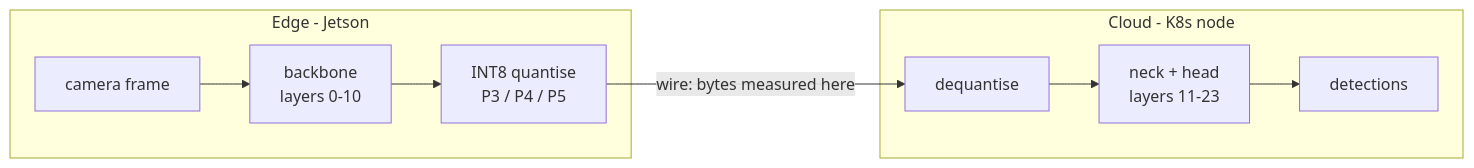
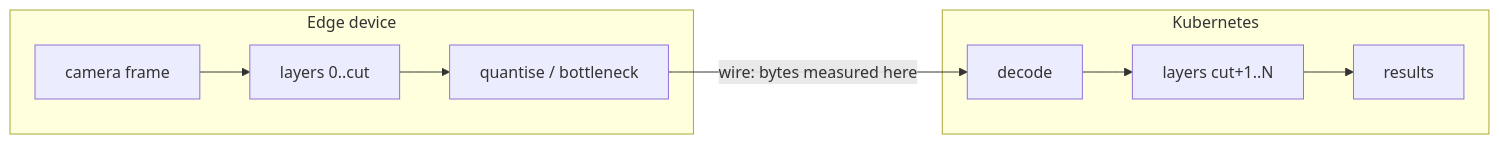
One commit to dantonioluigi/axonmesh changed the diagram in README.md. Above: the diagram before and after it, drawn with Mermaid. The commit also changed other lines of this file and 63 other files, not shown here.

````diff
--- a/README.md
+++ b/README.md
@@ -15,12 +23,12 @@
 ```mermaid
 flowchart LR
-    subgraph edge [Edge - Jetson]
-        A[camera frame] --> B[backbone<br/>layers 0-10]
-        B --> Q[INT8 quantise<br/>P3 / P4 / P5]
+    subgraph edge [Edge device]
+        A[camera frame] --> B[layers 0..cut]
+        B --> Q[quantise / bottleneck]
     end
     Q -- "wire: bytes measured here" --> D
-    subgraph cloud [Cloud - K8s node]
-        D[dequantise] --> E[neck + head<br/>layers 11-23]
-        E --> F[detections]
+    subgraph cloud [Kubernetes]
+        D[decode] --> E[layers cut+1..N]
+        E --> F[results]
     end
 ```
````
